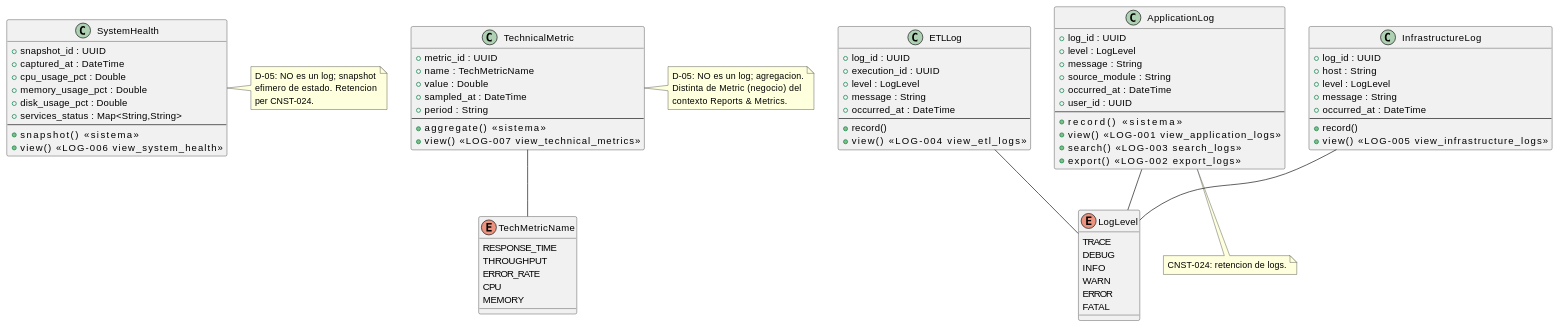
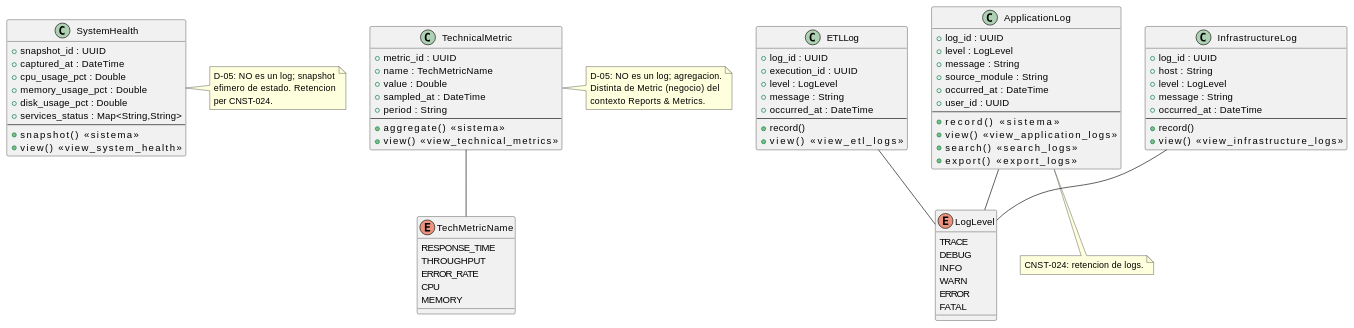
Before and after one commit to jcg-admin/IACT-docs: the diagram in source/arquitectura-tecnica/bounded-contexts/bounded-context-logs.rst, drawn with PlantUML. The commit also changed 12 other files, not shown here.

```diff
--- a/source/arquitectura-tecnica/bounded-contexts/bounded-context-logs.rst
+++ b/source/arquitectura-tecnica/bounded-contexts/bounded-context-logs.rst
@@ -47,9 +47,9 @@
    + user_id : UUID
    --
    + record()              <<sistema>>
-   + view()                <<LOG-001 view_application_logs>>
-   + search()              <<LOG-003 search_logs>>
-   + export()              <<LOG-002 export_logs>>
+   + view()                <<view_application_logs>>
+   + search()              <<search_logs>>
+   + export()              <<export_logs>>
  }
 
  class ETLLog {
@@ -60,7 +60,7 @@
    + occurred_at : DateTime
    --
    + record()
-   + view()                <<LOG-004 view_etl_logs>>
+   + view()                <<view_etl_logs>>
  }
 
  class InfrastructureLog {
@@ -71,7 +71,7 @@
    + occurred_at : DateTime
    --
    + record()
-   + view()                <<LOG-005 view_infrastructure_logs>>
+   + view()                <<view_infrastructure_logs>>
  }
 
  class SystemHealth {
@@ -83,7 +83,7 @@
    + services_status : Map<String,String>
    --
    + snapshot()           <<sistema>>
-   + view()               <<LOG-006 view_system_health>>
+   + view()               <<view_system_health>>
  }
 
  class TechnicalMetric {
@@ -94,7 +94,7 @@
    + period : String
    --
    + aggregate()          <<sistema>>
-   + view()               <<LOG-007 view_technical_metrics>>
+   + view()               <<view_technical_metrics>>
  }
 
  enum LogLevel {
```
